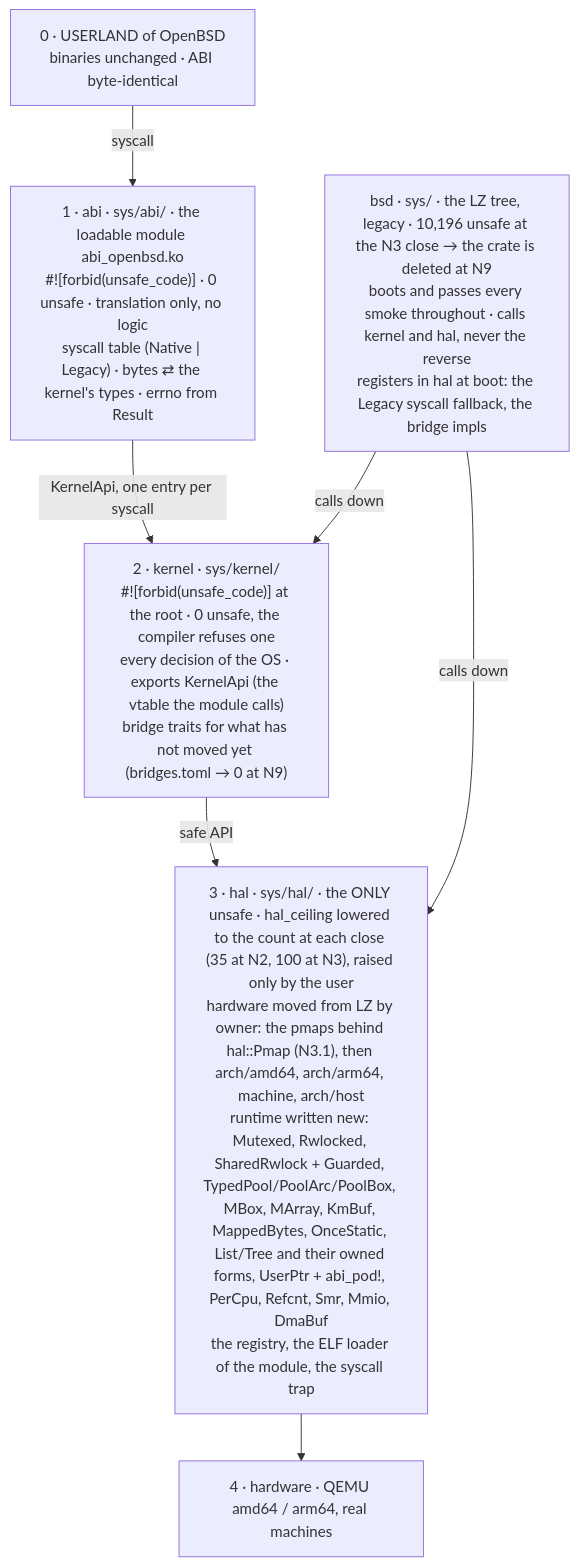
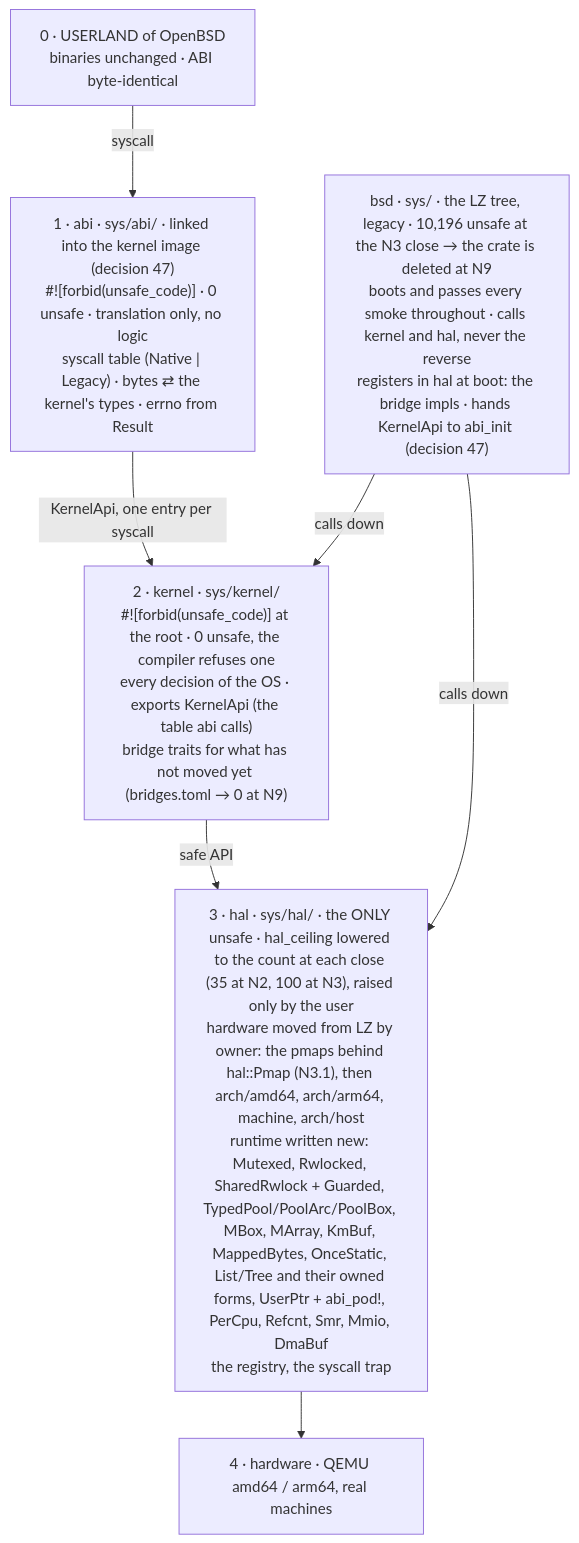
Before and after one commit to EmiBSD/Kernel: the first of 2 diagrams in docs/ZERO_UNSAFE.md, drawn with Mermaid. The commit also changed other lines of this file and 21 other files, not shown here.

First line of the commit message:
docs: decision 47, the ABI linked into the kernel image

````diff
--- a/docs/ZERO_UNSAFE.md
+++ b/docs/ZERO_UNSAFE.md
@@ -22,15 +22,15 @@
 ```mermaid
 flowchart TB
     L0["0 · USERLAND of OpenBSD<br/>binaries unchanged · ABI byte-identical"]
-    L1["1 · abi · sys/abi/ · the loadable module abi_openbsd.ko<br/>#![forbid(unsafe_code)] · 0 unsafe · translation only, no logic<br/>syscall table (Native | Legacy) · bytes ⇄ the kernel's types · errno from Result"]
-    L2["2 · kernel · sys/kernel/<br/>#![forbid(unsafe_code)] at the root · 0 unsafe, the compiler refuses one<br/>every decision of the OS · exports KernelApi (the vtable the module calls)<br/>bridge traits for what has not moved yet (bridges.toml → 0 at N9)"]
-    L3["3 · hal · sys/hal/ · the ONLY unsafe · hal_ceiling lowered to the count at each close (35 at N2, 100 at N3), raised only by the user<br/>hardware moved from LZ by owner: the pmaps behind hal::Pmap (N3.1), then arch/amd64, arch/arm64, machine, arch/host<br/>runtime written new: Mutexed, Rwlocked, SharedRwlock + Guarded, TypedPool/PoolArc/PoolBox, MBox, MArray, KmBuf, MappedBytes, OnceStatic, List/Tree and their owned forms, UserPtr + abi_pod!, PerCpu, Refcnt, Smr, Mmio, DmaBuf<br/>the registry, the ELF loader of the module, the syscall trap"]
+    L1["1 · abi · sys/abi/ · linked into the kernel image (decision 47)<br/>#![forbid(unsafe_code)] · 0 unsafe · translation only, no logic<br/>syscall table (Native | Legacy) · bytes ⇄ the kernel's types · errno from Result"]
+    L2["2 · kernel · sys/kernel/<br/>#![forbid(unsafe_code)] at the root · 0 unsafe, the compiler refuses one<br/>every decision of the OS · exports KernelApi (the table abi calls)<br/>bridge traits for what has not moved yet (bridges.toml → 0 at N9)"]
+    L3["3 · hal · sys/hal/ · the ONLY unsafe · hal_ceiling lowered to the count at each close (35 at N2, 100 at N3), raised only by the user<br/>hardware moved from LZ by owner: the pmaps behind hal::Pmap (N3.1), then arch/amd64, arch/arm64, machine, arch/host<br/>runtime written new: Mutexed, Rwlocked, SharedRwlock + Guarded, TypedPool/PoolArc/PoolBox, MBox, MArray, KmBuf, MappedBytes, OnceStatic, List/Tree and their owned forms, UserPtr + abi_pod!, PerCpu, Refcnt, Smr, Mmio, DmaBuf<br/>the registry, the syscall trap"]
     L4["4 · hardware · QEMU amd64 / arm64, real machines"]
     L0 -->|"syscall"| L1
     L1 -->|"KernelApi, one entry per syscall"| L2
     L2 -->|"safe API"| L3
     L3 --> L4
-    B["bsd · sys/ · the LZ tree, legacy · 10,196 unsafe at the N3 close → the crate is deleted at N9<br/>boots and passes every smoke throughout · calls kernel and hal, never the reverse<br/>registers in hal at boot: the Legacy syscall fallback, the bridge impls"]
+    B["bsd · sys/ · the LZ tree, legacy · 10,196 unsafe at the N3 close → the crate is deleted at N9<br/>boots and passes every smoke throughout · calls kernel and hal, never the reverse<br/>registers in hal at boot: the bridge impls · hands KernelApi to abi_init (decision 47)"]
     B -->|"calls down"| L2
     B -->|"calls down"| L3
 ```
````
